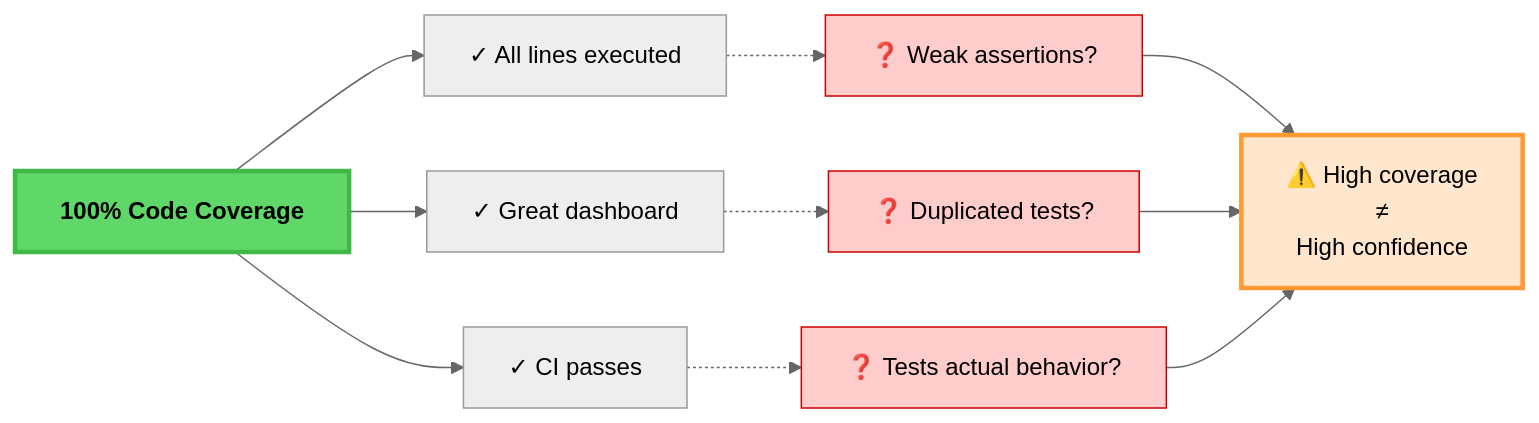
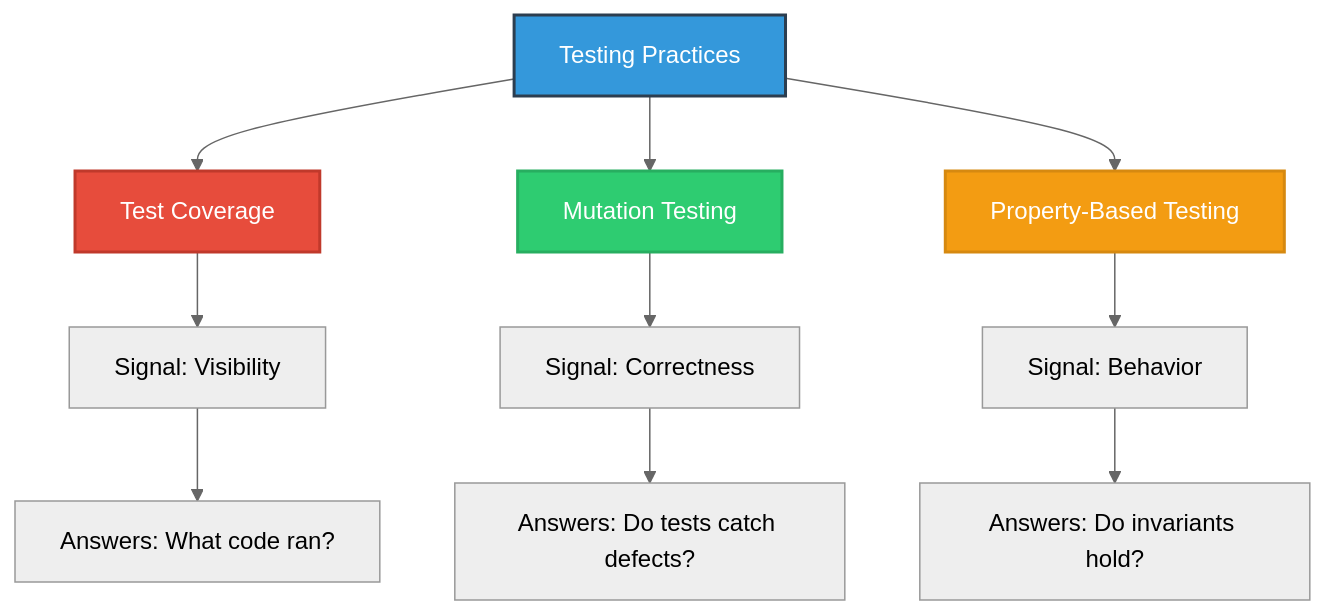
Before and after one commit to aravind666/aravind666.github.io: the first of 4 diagrams in _posts/2020-12-06-coverage-vs-mutation-vs-property-base-testing.md, drawn with Mermaid (neutral theme). The commit also changed other lines of this file and 7 other files, not shown here.

```diff
--- a/_posts/2020-12-06-coverage-vs-mutation-vs-property-base-testing.md
+++ b/_posts/2020-12-06-coverage-vs-mutation-vs-property-base-testing.md
@@ -56,20 +26,19 @@
 <div class="mermaid">
-graph LR
-    C["<b>100% Code Coverage</b>"] --> P1["✓ All lines executed"]
-    C --> P2["✓ Great dashboard"]
-    C --> P3["✓ CI passes"]
+graph TD
+    A[Testing Practices] --> B[Test Coverage]
+    A --> C[Mutation Testing]
+    A --> D[Property-Based Testing]
     
-    P1 -.-> Q1["❓ Weak assertions?"]
-    P2 -.-> Q2["❓ Duplicated tests?"]
-    P3 -.-> Q3["❓ Tests actual behavior?"]
+    B --> B1["Signal: Visibility"]
+    C --> C1["Signal: Correctness"]
+    D --> D1["Signal: Behavior"]
     
-    Q1 --> R["⚠️ High coverage<br/>≠<br/>High confidence"]
-    Q2 --> R
-    Q3 --> R
+    B1 --> B2["Answers: What code ran?"]
+    C1 --> C2["Answers: Do tests catch defects?"]
+    D1 --> D2["Answers: Do invariants hold?"]
     
-    style C fill:#5fd869,stroke:#3fb848,stroke-width:3px,font-size:16px
-    style R fill:#ffe6cc,stroke:#ff9933,stroke-width:3px,font-size:16px
-    style Q1 fill:#ffcccc,stroke:#cc0000
-    style Q2 fill:#ffcccc,stroke:#cc0000
-    style Q3 fill:#ffcccc,stroke:#cc0000
+    style A fill:#3498db,stroke:#2c3e50,stroke-width:2px,color:#fff
+    style B fill:#e74c3c,stroke:#c0392b,stroke-width:2px,color:#fff
+    style C fill:#2ecc71,stroke:#27ae60,stroke-width:2px,color:#fff
+    style D fill:#f39c12,stroke:#d68910,stroke-width:2px,color:#fff
 </div>
```
